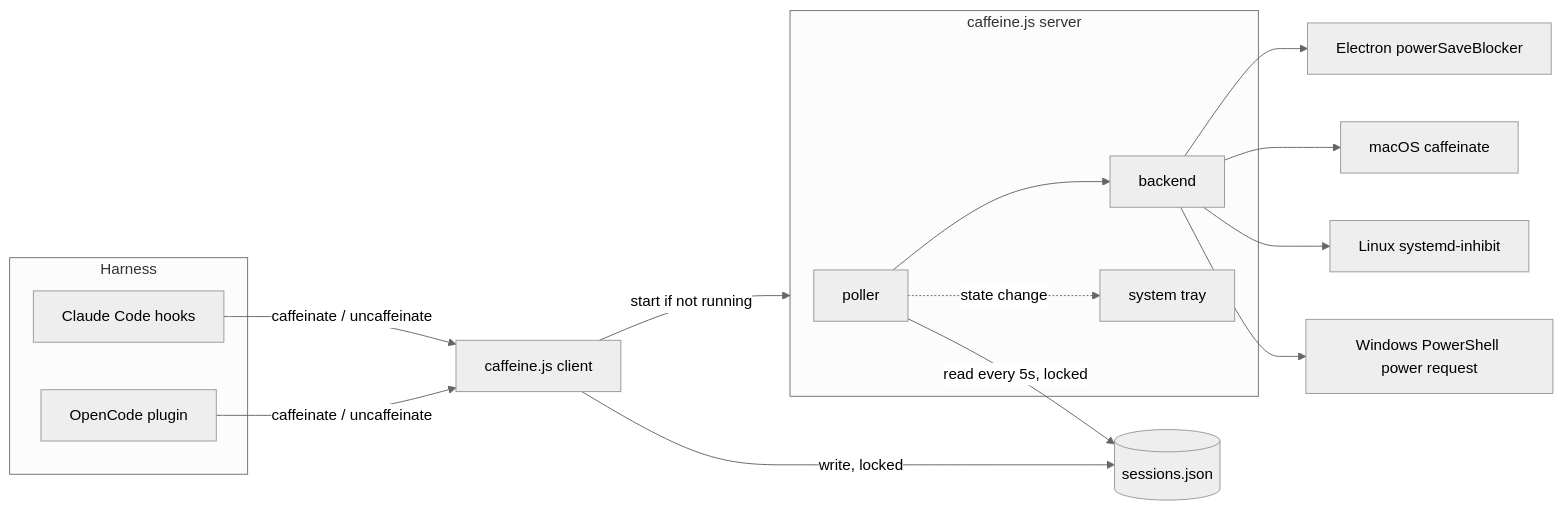
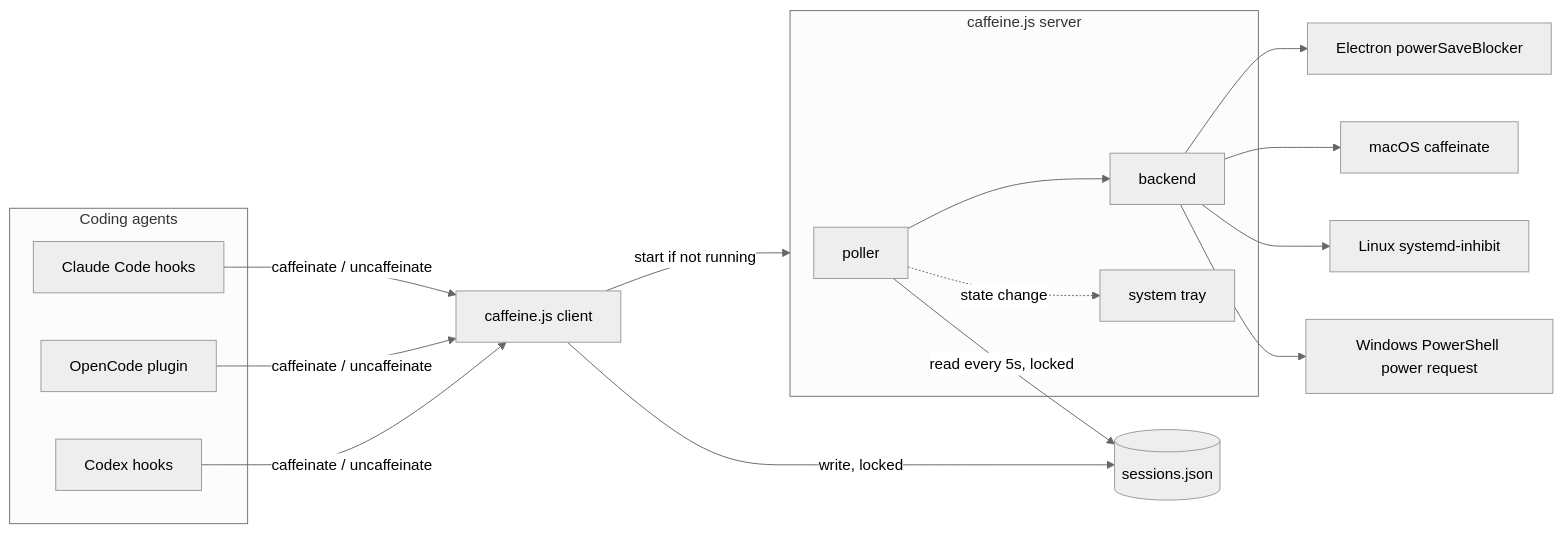
One commit to dakotahp/agentic-insomnia changed the diagram in ARCHITECTURE.md. Above: the diagram before and after it, drawn with Mermaid (neutral theme). The commit also changed other lines of this file and 5 other files, not shown here.

First line of the commit message:
docs: call them coding agents, not harnesses

````diff
--- a/ARCHITECTURE.md
+++ b/ARCHITECTURE.md
@@ -21,20 +21,22 @@
 ```mermaid
 flowchart LR
-  subgraph Harness
+  subgraph Agents[Coding agents]
     CC[Claude Code hooks]
     OC[OpenCode plugin]
+    CX[Codex hooks]
   end
   subgraph Server[caffeine.js server]
     P[poller] --> B[backend]
     P -.->|state change| T[system tray]
   end
   CC -->|caffeinate / uncaffeinate| CLI[caffeine.js client]
   OC -->|caffeinate / uncaffeinate| CLI
+  CX -->|caffeinate / uncaffeinate| CLI
   CLI -->|write, locked| SF[(sessions.json)]
   CLI -->|start if not running| Server
   P -->|read every 5s, locked| SF
   B --> E[Electron powerSaveBlocker]
   B --> M[macOS caffeinate]
   B --> L[Linux systemd-inhibit]
   B --> W[Windows PowerShell power request]
 ```
````
